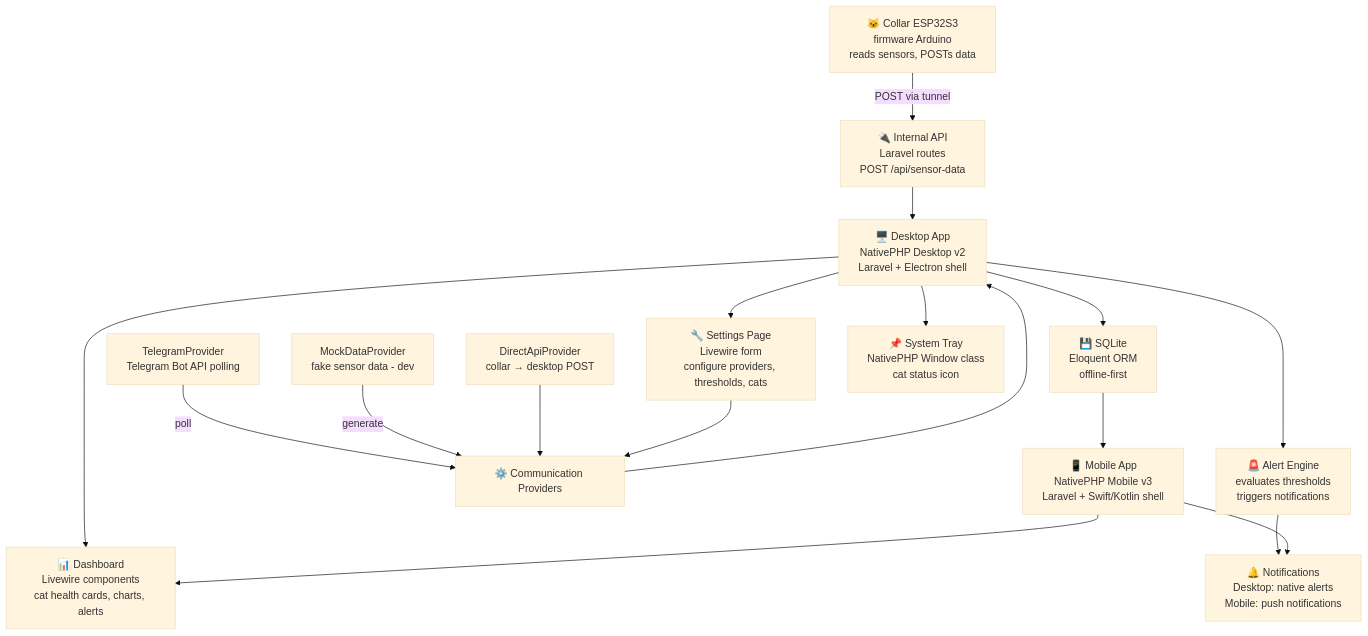
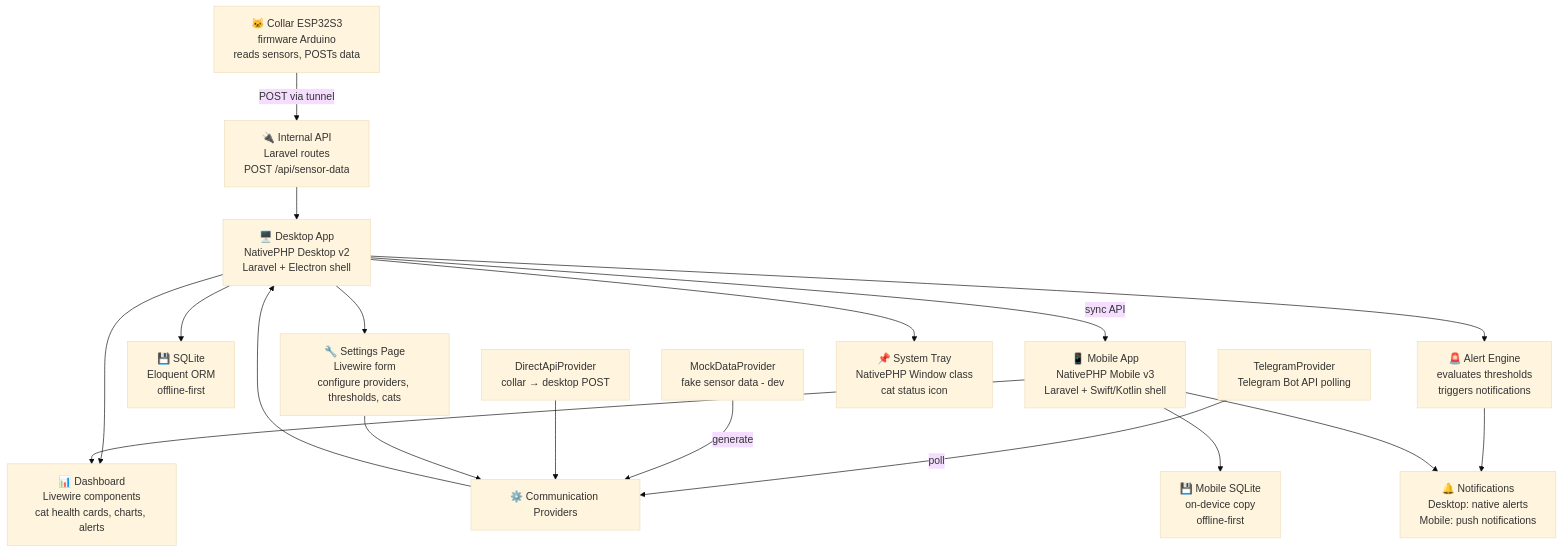
One commit to fabiopacificicom/sogno-smart-cat-collar changed the diagram in ADR.md. Above: the diagram before and after it, drawn with Mermaid (base theme). The commit also changed other lines of this file and 3 other files, not shown here.

Commit message:
docs: mobile app plan, sync API spec, ADR mobile decisions

````diff
--- a/ADR.md
+++ b/ADR.md
@@ -29,48 +29,49 @@
 ```mermaid
 graph TD
     Collar["🐱 Collar ESP32S3<br/>firmware Arduino<br/>reads sensors, POSTs data"]
 
     Desktop["🖥️ Desktop App<br/>NativePHP Desktop v2<br/>Laravel + Electron shell"]
 
     Mobile["📱 Mobile App<br/>NativePHP Mobile v3<br/>Laravel + Swift/Kotlin shell"]
 
     InternalAPI["🔌 Internal API<br/>Laravel routes<br/>POST /api/sensor-data"]
 
     DB["💾 SQLite<br/>Eloquent ORM<br/>offline-first"]
 
     Providers["⚙️ Communication Providers"]
     DirectAPI["DirectApiProvider<br/>collar → desktop POST"]
     Telegram["TelegramProvider<br/>Telegram Bot API polling"]
     Mock["MockDataProvider<br/>fake sensor data - dev"]
 
     Settings["🔧 Settings Page<br/>Livewire form<br/>configure providers, thresholds, cats"]
 
     Dashboard["📊 Dashboard<br/>Livewire components<br/>cat health cards, charts, alerts"]
 
     Tray["📌 System Tray<br/>NativePHP Window class<br/>cat status icon"]
 
     Alerts["🚨 Alert Engine<br/>evaluates thresholds<br/>triggers notifications"]
 
     Notifications["🔔 Notifications<br/>Desktop: native alerts<br/>Mobile: push notifications"]
 
     Collar -->|POST via tunnel| InternalAPI
     InternalAPI --> Desktop
     Telegram -->|poll| Providers
     Mock -->|generate| Providers
     DirectAPI --> Providers
     Providers --> Desktop
 
     Desktop --> DB
     Desktop --> Dashboard
     Desktop --> Tray
     Desktop --> Settings
     Desktop --> Alerts
 
     Alerts --> Notifications
 
-    DB --> Mobile
+    Desktop -->|sync API| Mobile
+    Mobile --> MobileDB["💾 Mobile SQLite<br/>on-device copy<br/>offline-first"]
     Mobile --> Dashboard
     Mobile --> Notifications
 
     Settings --> Providers
 ```
````
